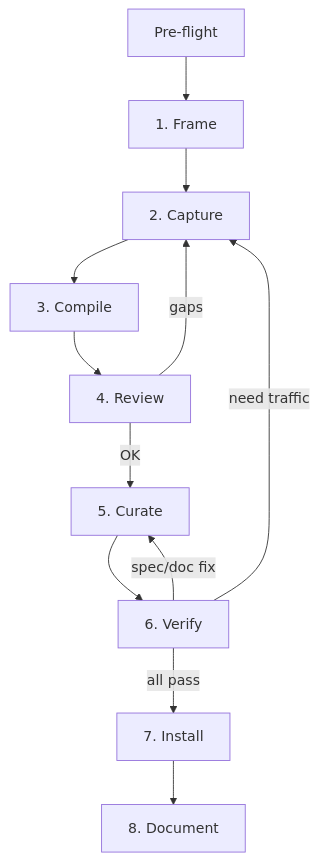
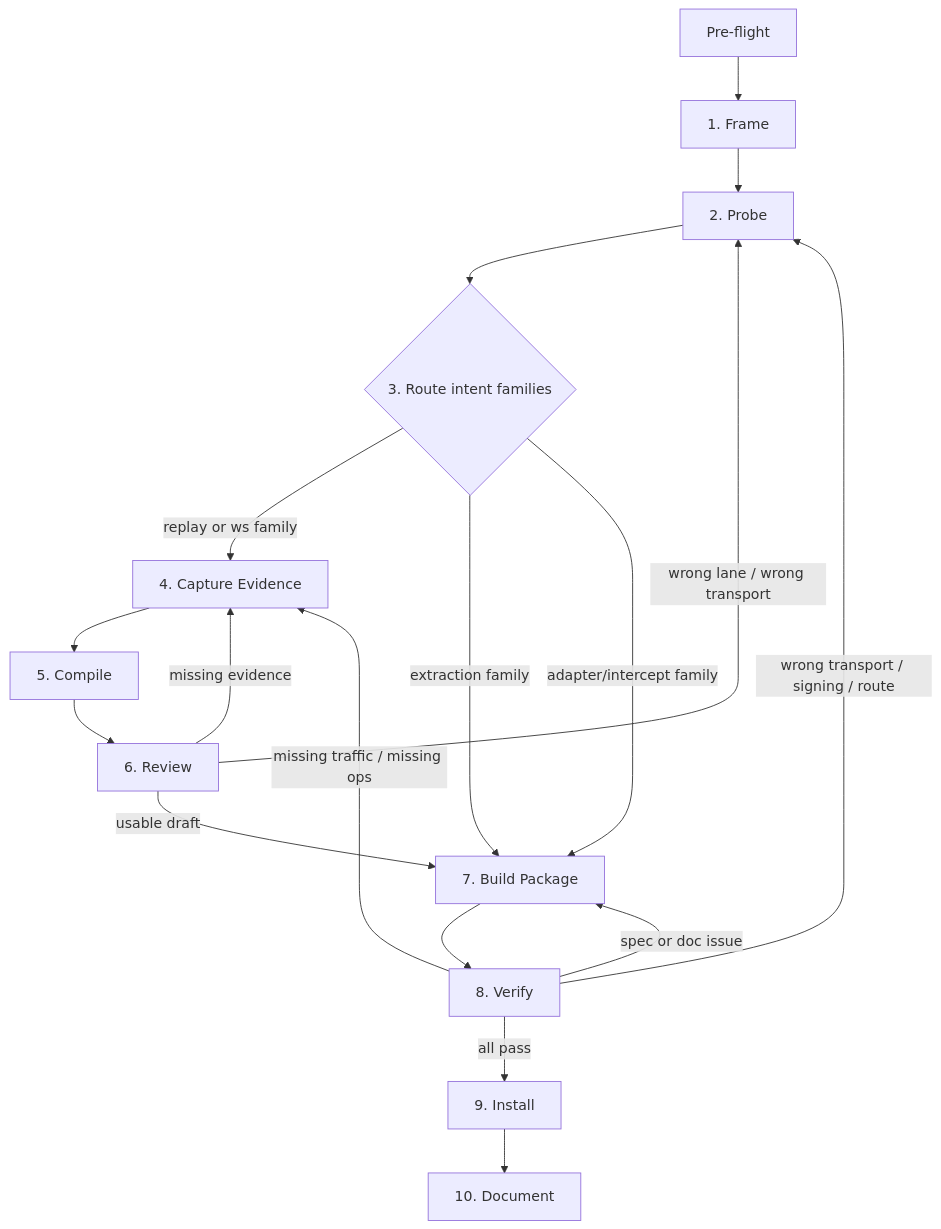
Before and after one commit to openweb-org/openweb: the diagram in skill/openweb/add-site/guide.md, drawn with Mermaid. The commit also changed other lines of this file and 7 other files, not shown here.

````diff
--- a/skill/openweb/add-site/guide.md
+++ b/skill/openweb/add-site/guide.md
@@ -5,10 +5,23 @@
 ```mermaid
 flowchart TD
-    PRE["Pre-flight"] --> FRAME["1. Frame"] --> CAP["2. Capture"]
-    CAP --> COMP["3. Compile"] --> REV["4. Review"]
-    REV -->|OK| CUR["5. Curate"] --> VER["6. Verify"]
-    REV -->|gaps| CAP
-    VER -->|spec/doc fix| CUR
-    VER -->|need traffic| CAP
-    VER -->|all pass| INS["7. Install"] --> DOC["8. Document"]
+    PRE["Pre-flight"] --> FRAME["1. Frame"]
+    FRAME --> PROBE["2. Probe"]
+    PROBE --> ROUTE{"3. Route intent families"}
+
+    ROUTE -->|replay or ws family| CAP["4. Capture Evidence"]
+    CAP --> COMP["5. Compile"]
+    COMP --> REV["6. Review"]
+    REV -->|missing evidence| CAP
+    REV -->|wrong lane / wrong transport| PROBE
+    REV -->|usable draft| BUILD["7. Build Package"]
+
+    ROUTE -->|extraction family| BUILD
+    ROUTE -->|adapter/intercept family| BUILD
+
+    BUILD --> VER["8. Verify"]
+    VER -->|wrong transport / signing / route| PROBE
+    VER -->|missing traffic / missing ops| CAP
+    VER -->|spec or doc issue| BUILD
+    VER -->|all pass| INS["9. Install"]
+    INS --> DOC["10. Document"]
 ```
````
